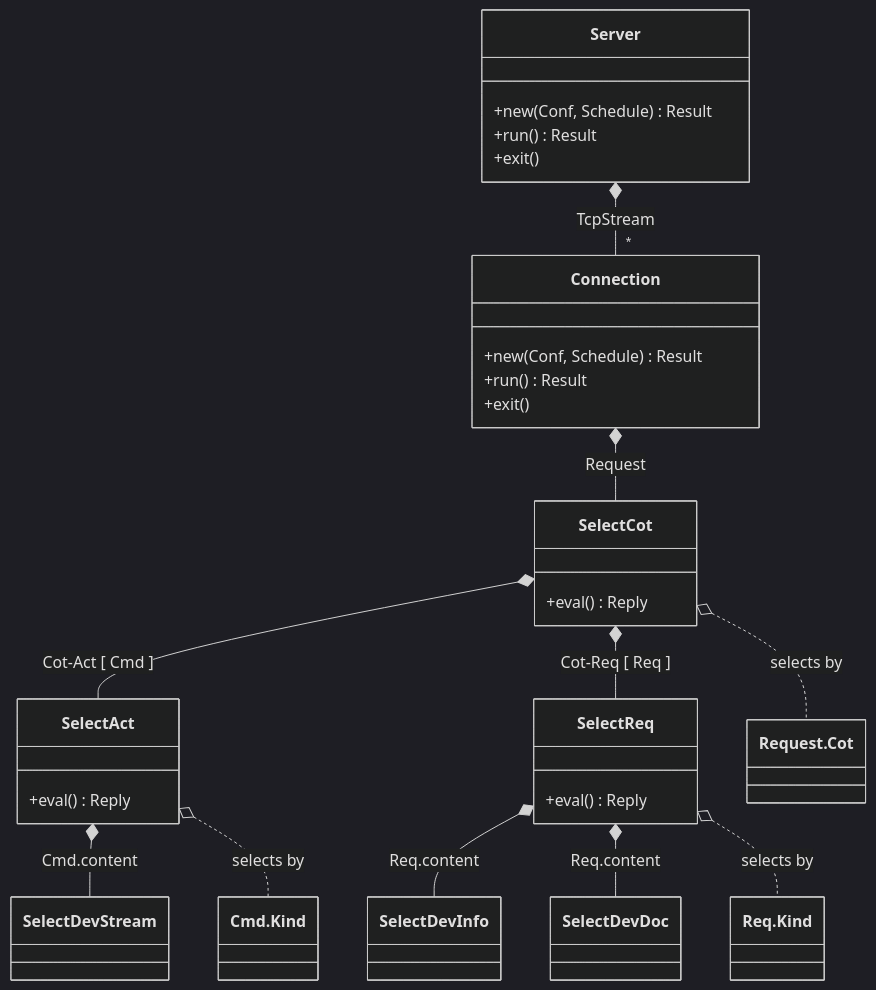
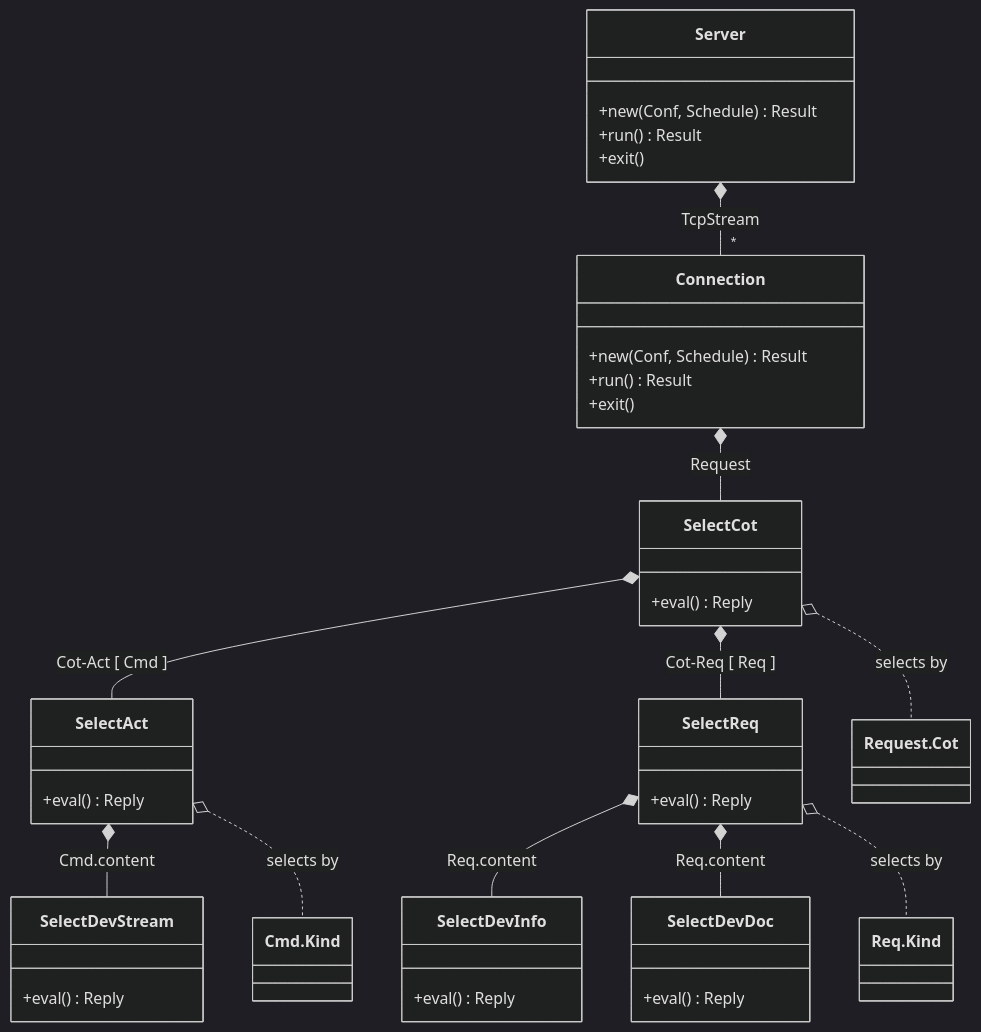
The fifth of 5 diagrams in design/structure.md (a-givertzman/idm-server), drawn with Mermaid (dark theme) before and after one commit. The commit also changed other lines of this file and 16 other files, not shown here.

Commit message:
DevStream | eval + test

````diff
--- a/design/structure.md
+++ b/design/structure.md
@@ -68,35 +92,44 @@
 ```mermaid
 classDiagram
     Server *--"*" Connection : TcpStream
     Server: +new(Conf, Schedule) Result
     Server: +run() Result
     Server: +exit()
 
     class Connection {
         +new(Conf, Schedule) Result
         +run() Result
         +exit()
     }
     Connection *-- SelectCot : Request
 
     class SelectCot {
         +eval() Reply
     }
     SelectCot *-- SelectAct : Cot-Act [ Cmd ]
     SelectCot *-- SelectReq : Cot-Req [ Req ]
     SelectCot o.. Request.Cot : selects by
     
     class SelectAct {
         +eval() Reply
     }
+    class SelectDevStream {
+        +eval() Reply
+    }
     SelectAct *-- SelectDevStream : Cmd.content
     SelectAct o.. Cmd.Kind : selects by
 
     class SelectReq {
+        +eval() Reply
+    }
+    class SelectDevInfo {
+        +eval() Reply
+    }
+    class SelectDevDoc {
         +eval() Reply
     }
     SelectReq *-- SelectDevInfo : Req.content
     SelectReq *-- SelectDevDoc : Req.content
     SelectReq o.. Req.Kind : selects by
 
 ```
````
